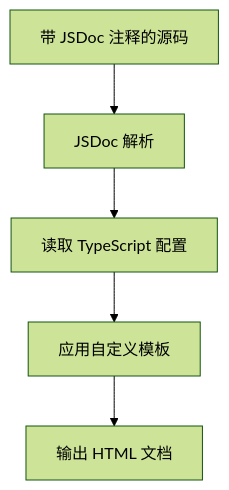
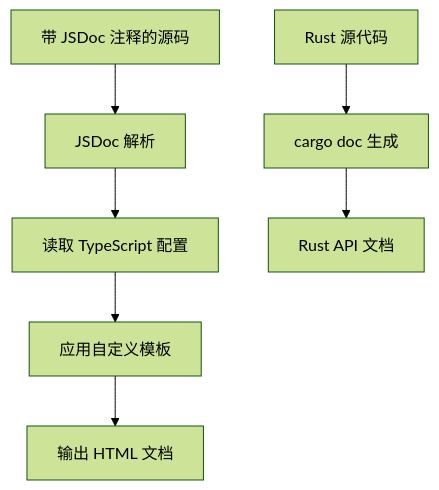
One commit to rzhangjing/cesium changed the seventh of 10 diagrams in .qoder/repowiki/zh/content/项目概述/技术栈.md. Above: the diagram before and after it, drawn with Mermaid (forest theme). The commit also changed other lines of this file and 60 other files, not shown here.

````diff
--- a/.qoder/repowiki/zh/content/项目概述/技术栈.md
+++ b/.qoder/repowiki/zh/content/项目概述/技术栈.md
@@ -291,7 +448,9 @@
 ```mermaid
 flowchart TD
 Src["带 JSDoc 注释的源码"] --> Parse["JSDoc 解析"]
-Parse --> TSConf["读取 TypeScript 配置"]
-TSConf --> Template["应用自定义模板"]
+TSConf["读取 TypeScript 配置"] --> Template["应用自定义模板"]
 Template --> Output["输出 HTML 文档"]
+RustSrc["Rust 源代码"] --> CargoDoc["cargo doc 生成"]
+CargoDoc --> RustDocs["Rust API 文档"]
+Parse --> TSConf
 ```
````
